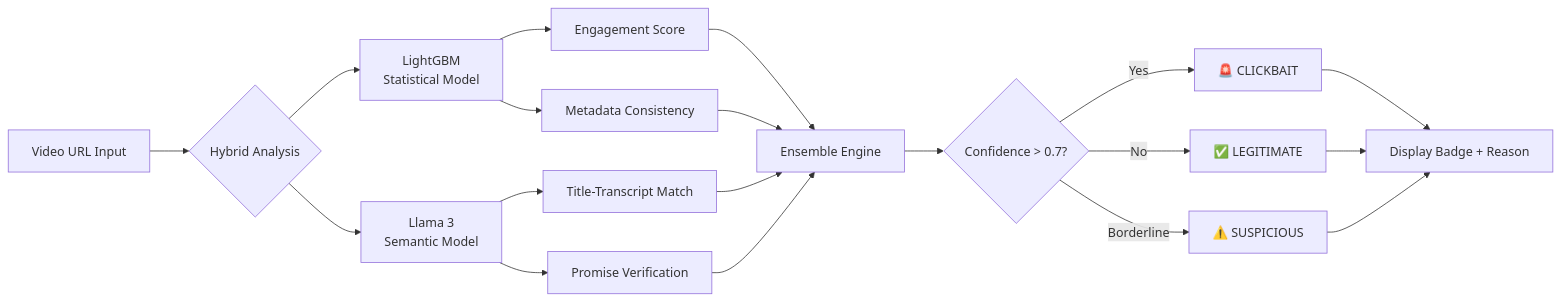
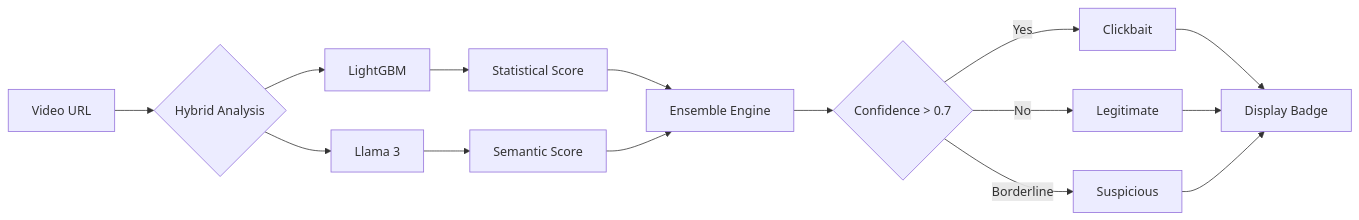
One commit to Harshal24-01/AntiClickbait changed the third of 3 diagrams in README.md. Above: the diagram before and after it, drawn with Mermaid. The commit also changed other lines of this file, not shown here.

````diff
--- a/README.md
+++ b/README.md
@@ -105,22 +109,24 @@
 ```mermaid
 flowchart LR
-    A[Video URL Input] --> B{Hybrid Analysis}
-    
-    B --> C[LightGBM<br/>Statistical Model]
-    B --> D[Llama 3<br/>Semantic Model]
-    
-    C --> E[Engagement Score]
-    C --> F[Metadata Consistency]
-    
-    D --> G[Title-Transcript Match]
-    D --> H[Promise Verification]
-    
-    E & F & G & H --> I[Ensemble Engine]
-    
-    I --> J{Confidence > 0.7?}
-    J -->|Yes| K[🚨 CLICKBAIT]
-    J -->|No| L[✅ LEGITIMATE]
-    J -->|Borderline| M[⚠️ SUSPICIOUS]
-    
-    K & L & M --> N[Display Badge + Reason]
+
+    A[Video URL] --> B{Hybrid Analysis}
+
+    B --> C[LightGBM]
+    B --> D[Llama 3]
+
+    C --> E[Statistical Score]
+    D --> F[Semantic Score]
+
+    E --> G[Ensemble Engine]
+    F --> G
+
+    G --> H{Confidence > 0.7}
+
+    H -->|Yes| I[Clickbait]
+    H -->|No| J[Legitimate]
+    H -->|Borderline| K[Suspicious]
+
+    I --> L[Display Badge]
+    J --> L
+    K --> L
 ```
````
